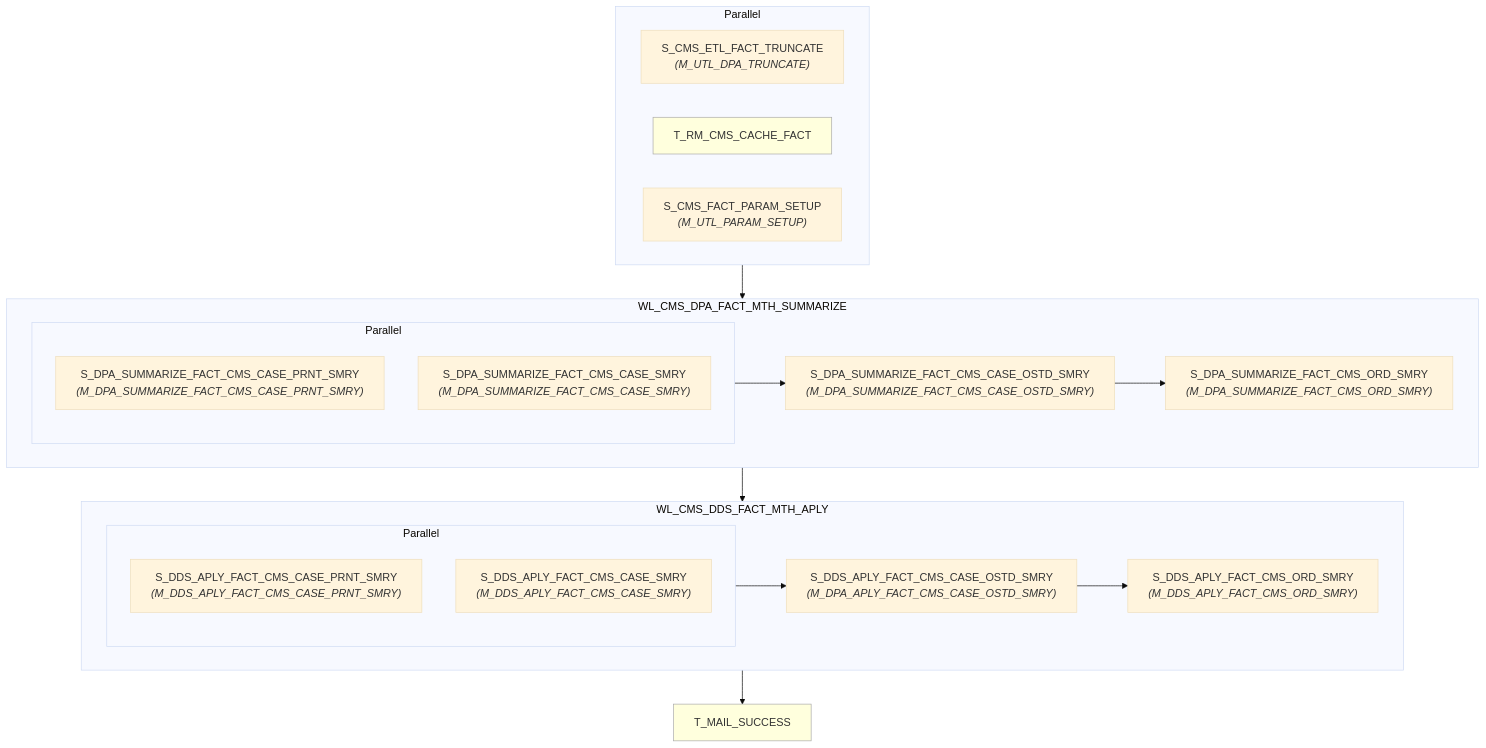
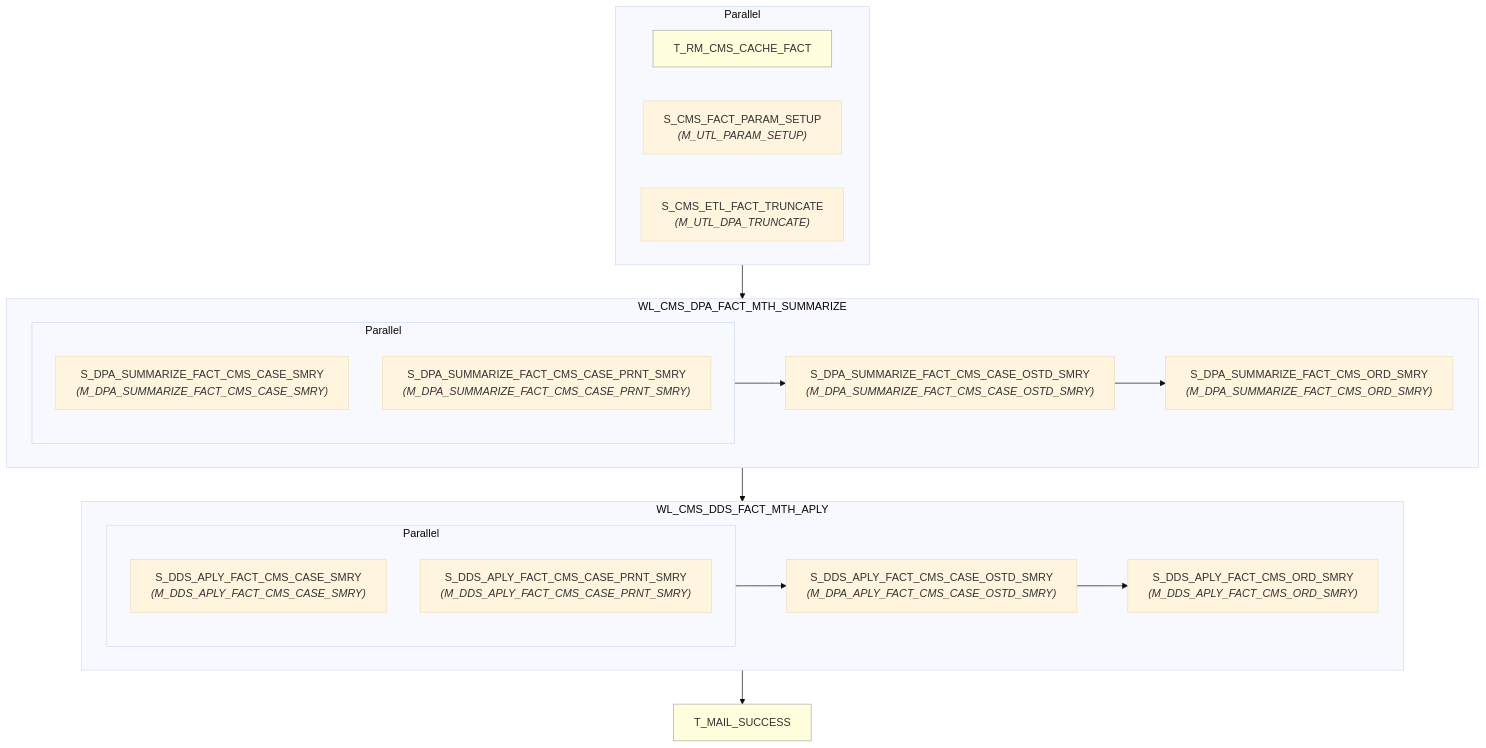
Before and after one commit to asl-adamxu/informatica-sparker-poc: the diagram in informatica/PowerCenter_workflows/dds/WF_CMS_DDS_APLY_MTH_SPARK/wf_cms_dds_aply_mth.md, drawn with Mermaid (base theme). The commit also changed 39 other files, not shown here.

````diff
--- a/informatica/PowerCenter_workflows/dds/WF_CMS_DDS_APLY_MTH_SPARK/wf_cms_dds_aply_mth.md
+++ b/informatica/PowerCenter_workflows/dds/WF_CMS_DDS_APLY_MTH_SPARK/wf_cms_dds_aply_mth.md
@@ -7,41 +7,41 @@
 ```mermaid
 flowchart TD
-    n1["S_CMS_ETL_FACT_TRUNCATE<br/><i>(M_UTL_DPA_TRUNCATE)</i>"]
-    n2["T_RM_CMS_CACHE_FACT"]
-    style n2 fill:#ffd,stroke:#aaa,stroke-width:1px
-    n3["S_CMS_FACT_PARAM_SETUP<br/><i>(M_UTL_PARAM_SETUP)</i>"]
+    n1["T_RM_CMS_CACHE_FACT"]
+    style n1 fill:#ffd,stroke:#aaa,stroke-width:1px
+    n2["S_CMS_FACT_PARAM_SETUP<br/><i>(M_UTL_PARAM_SETUP)</i>"]
+    n3["S_CMS_ETL_FACT_TRUNCATE<br/><i>(M_UTL_DPA_TRUNCATE)</i>"]
     subgraph pg4[Parallel]
         n1
         n2
         n3
     end
     subgraph wkl5["WL_CMS_DPA_FACT_MTH_SUMMARIZE"]
-    n6["S_DPA_SUMMARIZE_FACT_CMS_CASE_PRNT_SMRY<br/><i>(M_DPA_SUMMARIZE_FACT_CMS_CASE_PRNT_SMRY)</i>"]
-    n7["S_DPA_SUMMARIZE_FACT_CMS_CASE_SMRY<br/><i>(M_DPA_SUMMARIZE_FACT_CMS_CASE_SMRY)</i>"]
+    n6["S_DPA_SUMMARIZE_FACT_CMS_CASE_SMRY<br/><i>(M_DPA_SUMMARIZE_FACT_CMS_CASE_SMRY)</i>"]
+    n7["S_DPA_SUMMARIZE_FACT_CMS_CASE_PRNT_SMRY<br/><i>(M_DPA_SUMMARIZE_FACT_CMS_CASE_PRNT_SMRY)</i>"]
     subgraph pg8[Parallel]
         n6
         n7
     end
     n9["S_DPA_SUMMARIZE_FACT_CMS_CASE_OSTD_SMRY<br/><i>(M_DPA_SUMMARIZE_FACT_CMS_CASE_OSTD_SMRY)</i>"]
     n10["S_DPA_SUMMARIZE_FACT_CMS_ORD_SMRY<br/><i>(M_DPA_SUMMARIZE_FACT_CMS_ORD_SMRY)</i>"]
         pg8 --> n9
         n9 --> n10
     end
     subgraph wkl11["WL_CMS_DDS_FACT_MTH_APLY"]
-    n12["S_DDS_APLY_FACT_CMS_CASE_PRNT_SMRY<br/><i>(M_DDS_APLY_FACT_CMS_CASE_PRNT_SMRY)</i>"]
-    n13["S_DDS_APLY_FACT_CMS_CASE_SMRY<br/><i>(M_DDS_APLY_FACT_CMS_CASE_SMRY)</i>"]
+    n12["S_DDS_APLY_FACT_CMS_CASE_SMRY<br/><i>(M_DDS_APLY_FACT_CMS_CASE_SMRY)</i>"]
+    n13["S_DDS_APLY_FACT_CMS_CASE_PRNT_SMRY<br/><i>(M_DDS_APLY_FACT_CMS_CASE_PRNT_SMRY)</i>"]
     subgraph pg14[Parallel]
         n12
         n13
     end
     n15["S_DDS_APLY_FACT_CMS_CASE_OSTD_SMRY<br/><i>(M_DPA_APLY_FACT_CMS_CASE_OSTD_SMRY)</i>"]
     n16["S_DDS_APLY_FACT_CMS_ORD_SMRY<br/><i>(M_DDS_APLY_FACT_CMS_ORD_SMRY)</i>"]
         pg14 --> n15
         n15 --> n16
     end
     n17["T_MAIL_SUCCESS"]
     style n17 fill:#ffd,stroke:#aaa,stroke-width:1px
     pg4 --> wkl5
     wkl5 --> wkl11
     wkl11 --> n17
 ```
````
